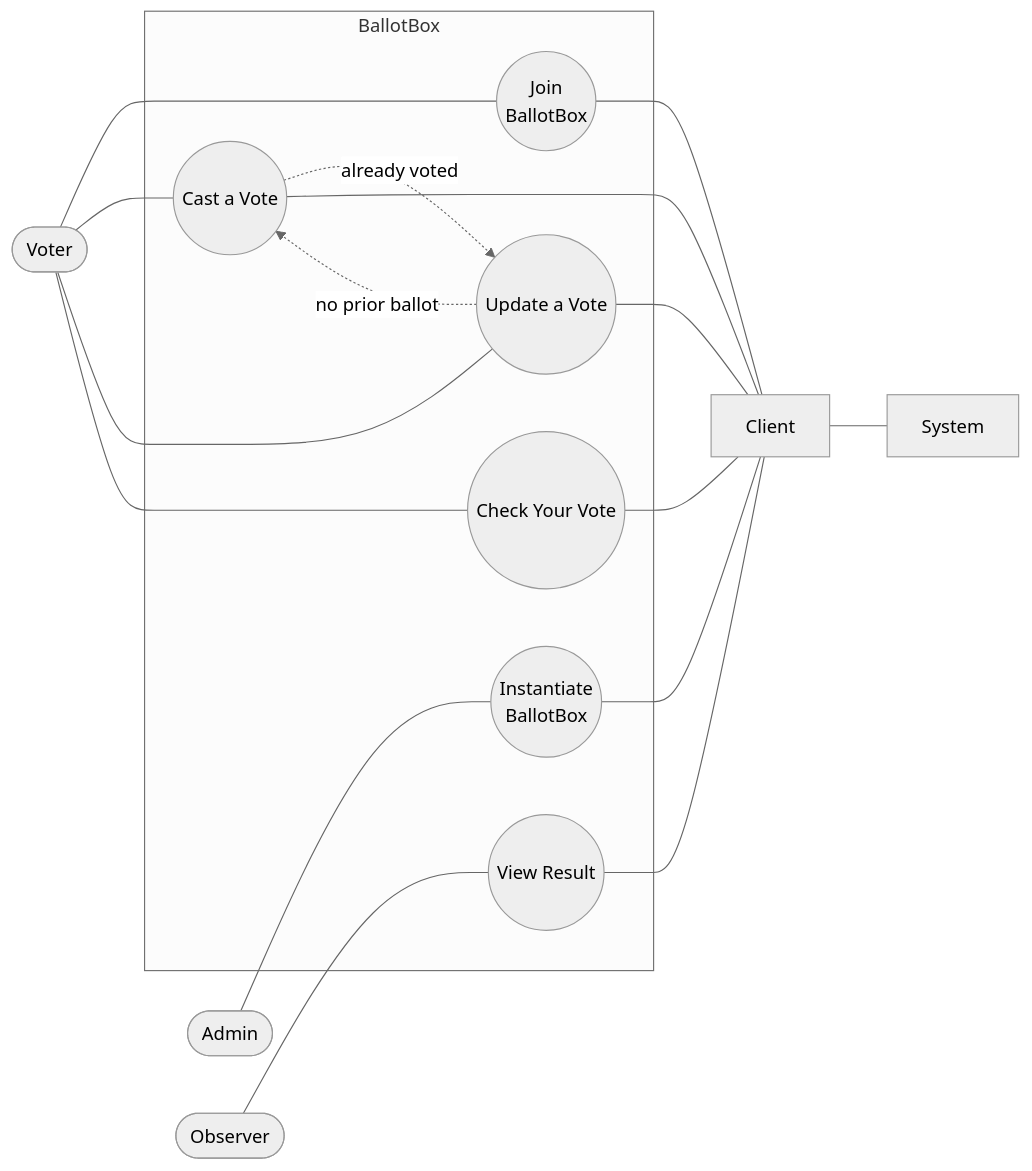
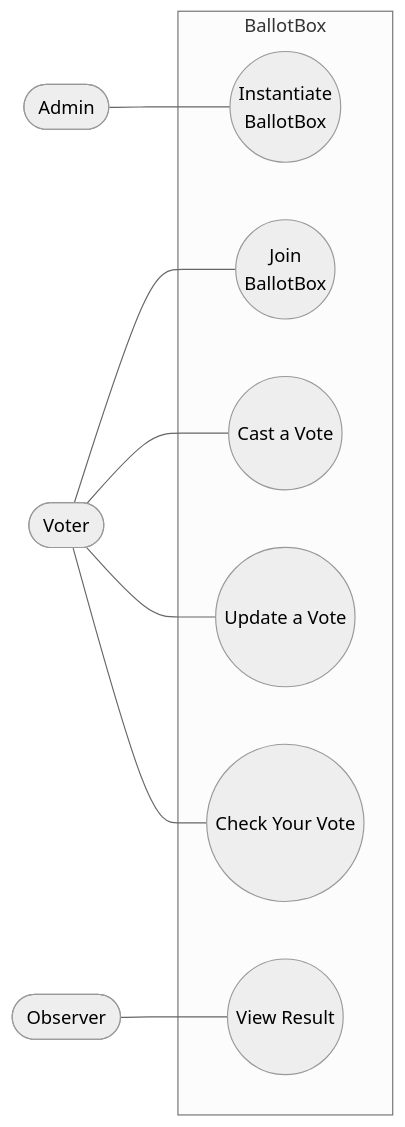
The first of 8 diagrams in README.md (JediNakDev/ballotbox), drawn with Mermaid (neutral theme) before and after one commit. The commit also changed other lines of this file, not shown here.

Commit message:
docs: architecture detail

````diff
--- a/README.md
+++ b/README.md
@@ -23,36 +27,22 @@
 ```mermaid
 flowchart LR
     Admin([Admin])
     Voter([Voter])
     Observer([Observer])
-    ClientA[Client]
-    SystemA[System]
 
     subgraph BB["BallotBox"]
         UC1((Instantiate<br/>BallotBox))
         UC2((Join<br/>BallotBox))
         UC3((Cast a Vote))
         UC4((Update a Vote))
         UC5((View Result))
         UC6((Check Your Vote))
     end
 
     Admin --- UC1
     Voter --- UC2
     Voter --- UC3
     Voter --- UC4
     Voter --- UC6
     Observer --- UC5
-
-    UC3 -.->|already voted| UC4
-    UC4 -.->|no prior ballot| UC3
-
-    UC1 --- ClientA
-    UC2 --- ClientA
-    UC3 --- ClientA
-    UC4 --- ClientA
-    UC5 --- ClientA
-    UC6 --- ClientA
-
-    ClientA --- SystemA
 ```
````
